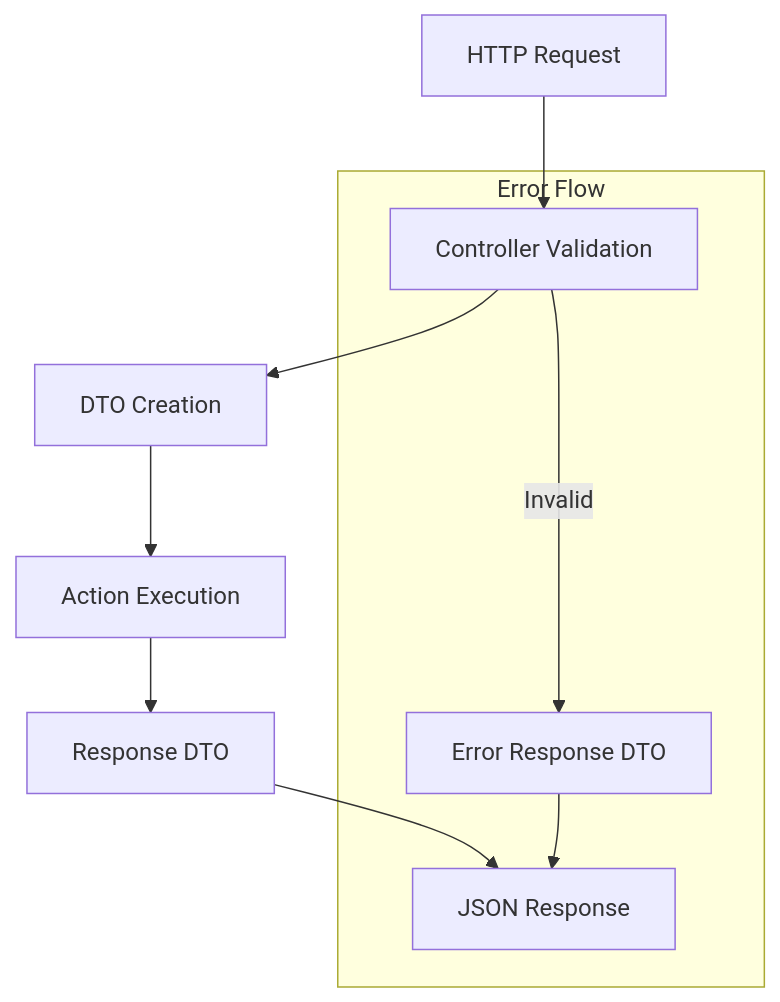
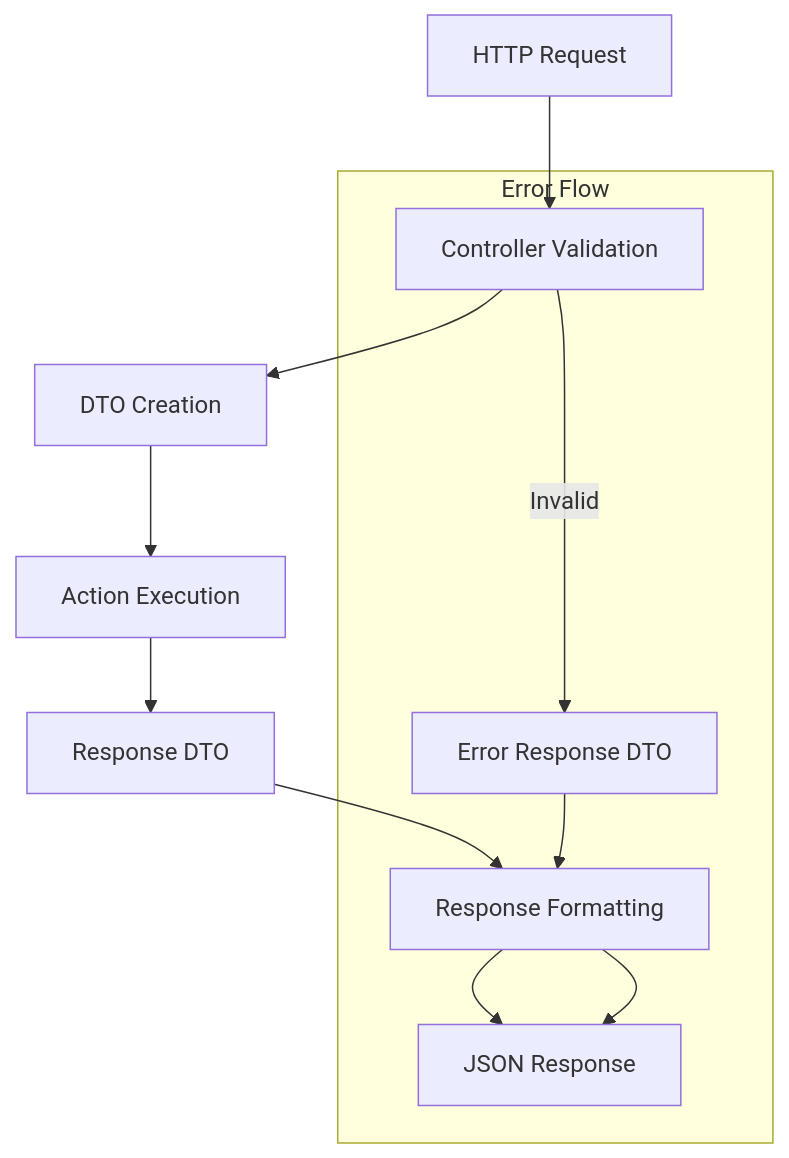
Diagram 12 of 12 in .qoder/repowiki/en/content/Data Transfer Objects Specification.md (siimliimand/laravel-assistant), drawn with Mermaid before and after one commit. The commit also changed other lines of this file and 8 other files, not shown here.

First line of the commit message:
docs(actions): add PrepareChatViewAction and update architecture docs

````diff
--- a/.qoder/repowiki/en/content/Data Transfer Objects Specification.md
+++ b/.qoder/repowiki/en/content/Data Transfer Objects Specification.md
@@ -419,12 +532,14 @@
 ```mermaid
 flowchart TD
 Request[HTTP Request] --> Validate[Controller Validation]
 Validate --> Create[DTO Creation]
 Create --> Action[Action Execution]
 Action --> Response[Response DTO]
-Response --> JSON[JSON Response]
+Response --> Format[Response Formatting]
+Format --> JSON[JSON Response]
 subgraph "Error Flow"
 Validate --> |Invalid| ErrorResponse[Error Response DTO]
-ErrorResponse --> JSON
+ErrorResponse --> Format
+Format --> JSON
 end
 ```
````
